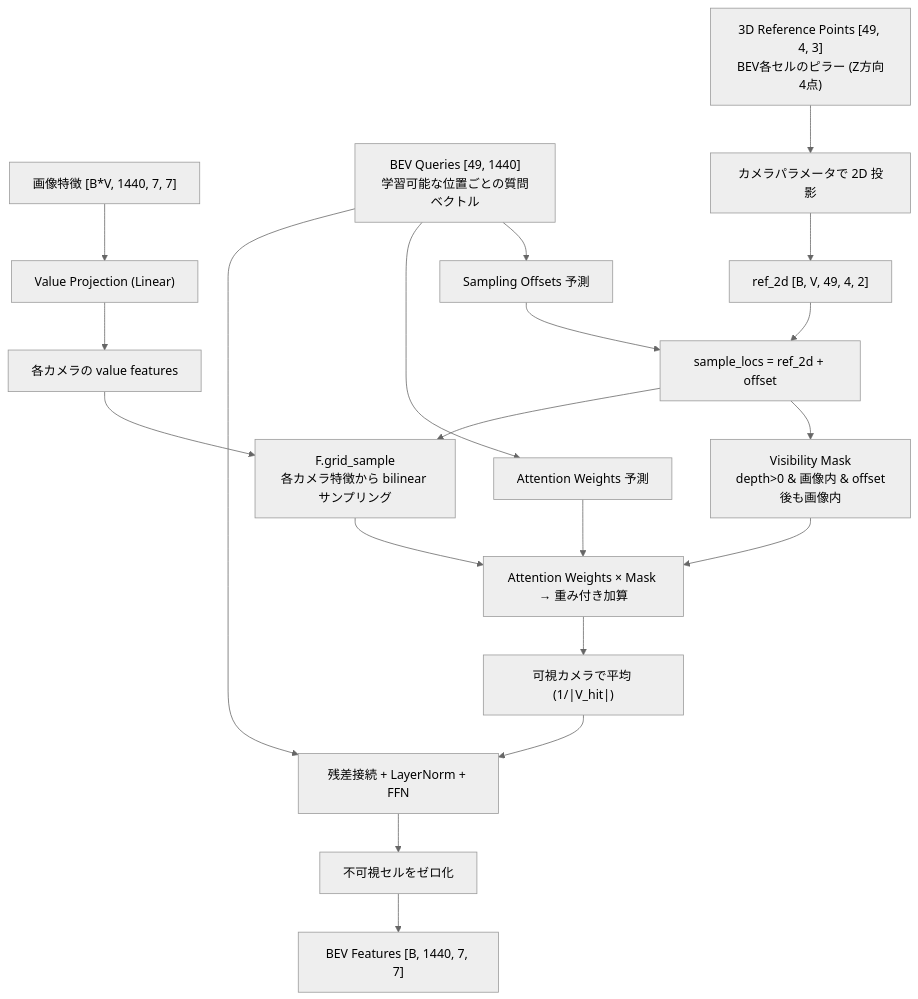
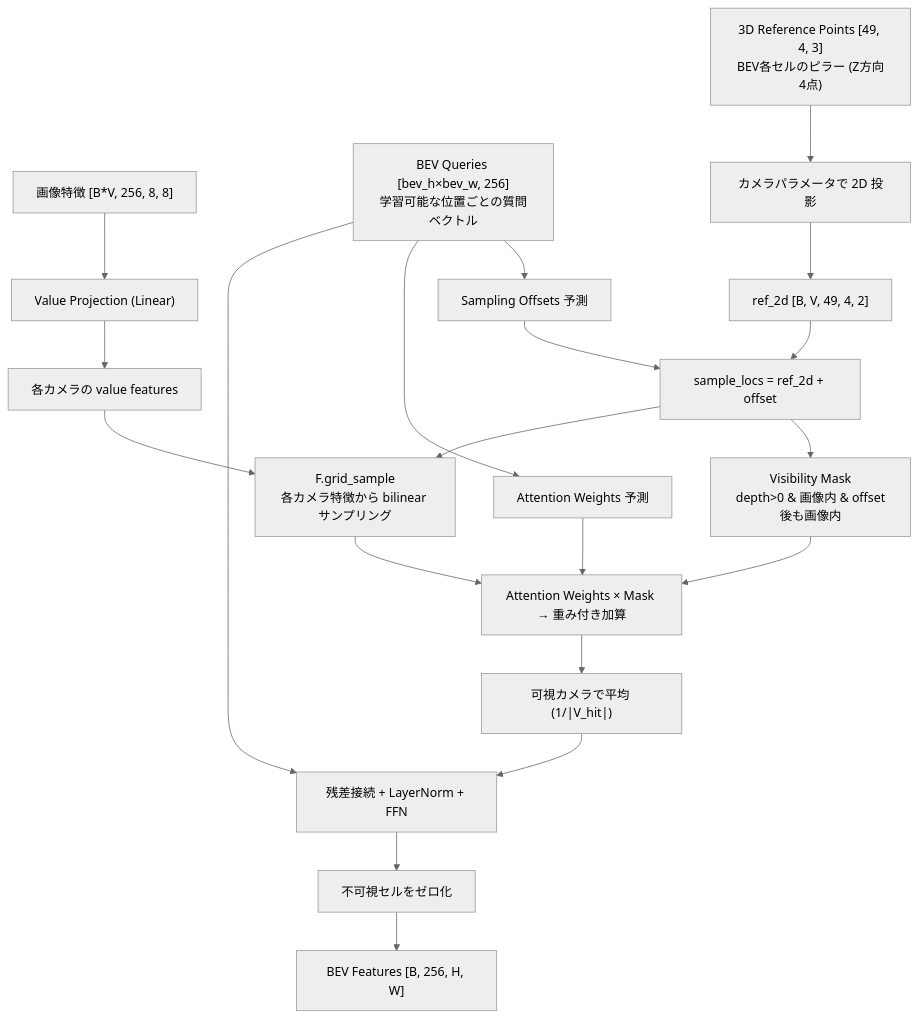
One commit to riita10069/zenn.dev changed the first of 2 diagrams in articles/auto-e2e-multi-view-fusion-explained.md. Above: the diagram before and after it, drawn with Mermaid (neutral theme). The commit also changed other lines of this file and 2 other files, not shown here.

````diff
--- a/articles/auto-e2e-multi-view-fusion-explained.md
+++ b/articles/auto-e2e-multi-view-fusion-explained.md
@@ -510,28 +541,28 @@
 ```mermaid
 flowchart TD
-    A["画像特徴 [B*V, 1440, 7, 7]"] --> B["Value Projection (Linear)"]
+    A["画像特徴 [B*V, 256, 8, 8]"] --> B["Value Projection (Linear)"]
     B --> C["各カメラの value features"]
     
-    Q["BEV Queries [49, 1440]<br/>学習可能な位置ごとの質問ベクトル"] --> D["Sampling Offsets 予測"]
+    Q["BEV Queries [bev_h×bev_w, 256]<br/>学習可能な位置ごとの質問ベクトル"] --> D["Sampling Offsets 予測"]
     Q --> E["Attention Weights 予測"]
     
     R["3D Reference Points [49, 4, 3]<br/>BEV各セルのピラー (Z方向4点)"] --> P["カメラパラメータで 2D 投影"]
     P --> F["ref_2d [B, V, 49, 4, 2]"]
     
     D --> G["sample_locs = ref_2d + offset"]
     F --> G
     G --> H["Visibility Mask<br/>depth>0 & 画像内 & offset後も画像内"]
     
     G --> I["F.grid_sample<br/>各カメラ特徴から bilinear サンプリング"]
     C --> I
     
     I --> J["Attention Weights × Mask → 重み付き加算"]
     E --> J
     H --> J
     
     J --> K["可視カメラで平均 (1/|V_hit|)"]
     K --> L["残差接続 + LayerNorm + FFN"]
     Q --> L
     L --> M["不可視セルをゼロ化"]
-    M --> N["BEV Features [B, 1440, 7, 7]"]
+    M --> N["BEV Features [B, 256, H, W]"]
 ```
````
